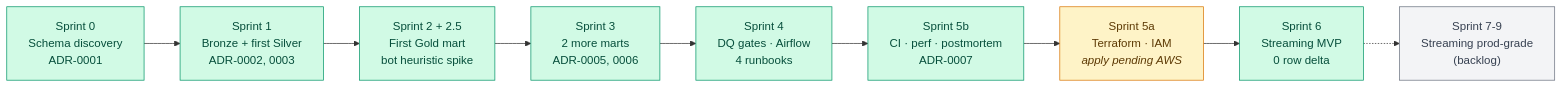
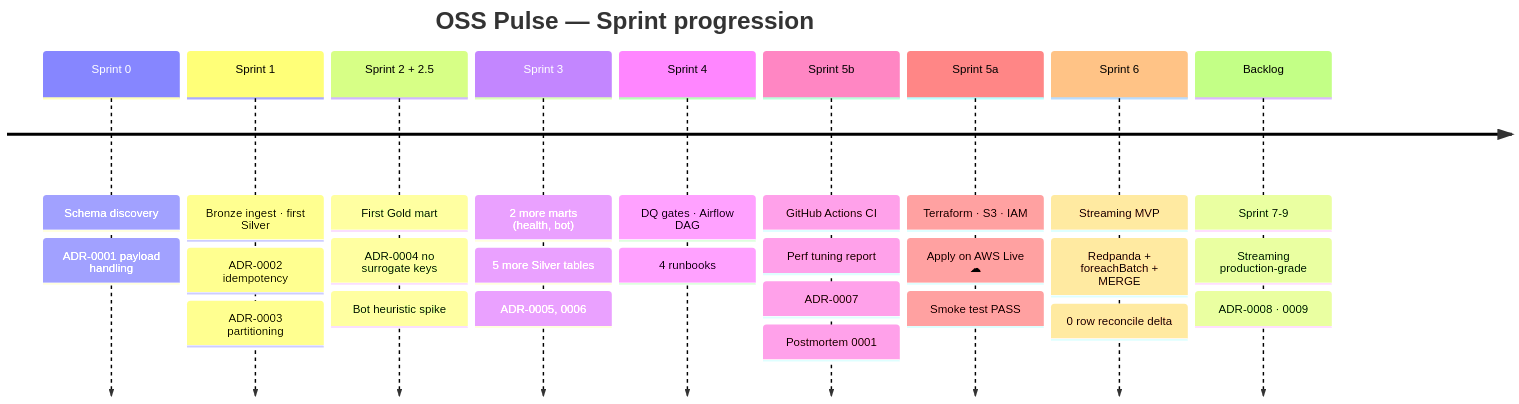
Before and after one commit to MistFall-Wang/oss-pulse: the ninth of 9 diagrams in README.md, drawn with Mermaid. The commit also changed other lines of this file and 1 other file, not shown here.

First line of the commit message:
docs(README): max-visual rewrite with SVG banner + 5 Mermaid diagrams

````diff
--- a/README.md
+++ b/README.md
@@ -307,18 +481,30 @@
 ```mermaid
-flowchart LR
-    S0["Sprint 0<br/>Schema discovery<br/>ADR-0001"]:::done
-    S1["Sprint 1<br/>Bronze + first Silver<br/>ADR-0002, 0003"]:::done
-    S2["Sprint 2 + 2.5<br/>First Gold mart<br/>bot heuristic spike"]:::done
-    S3["Sprint 3<br/>2 more marts<br/>ADR-0005, 0006"]:::done
-    S4["Sprint 4<br/>DQ gates · Airflow<br/>4 runbooks"]:::done
-    S5b["Sprint 5b<br/>CI · perf · postmortem<br/>ADR-0007"]:::done
-    S5a["Sprint 5a<br/>Terraform · IAM<br/><i>apply pending AWS</i>"]:::partial
-    S6["Sprint 6<br/>Streaming MVP<br/>0 row delta"]:::done
-    S79["Sprint 7-9<br/>Streaming prod-grade<br/>(backlog)"]:::pending
-
-    S0 --> S1 --> S2 --> S3 --> S4 --> S5b --> S5a --> S6 -.-> S79
-
-    classDef done    fill:#d1fae5,stroke:#059669,color:#064e3b
-    classDef partial fill:#fef3c7,stroke:#d97706,color:#5d3a05
-    classDef pending fill:#f3f4f6,stroke:#6b7280,color:#374151
+timeline
+    title OSS Pulse — Sprint progression
+    Sprint 0 : Schema discovery
+             : ADR-0001 payload handling
+    Sprint 1 : Bronze ingest · first Silver
+             : ADR-0002 idempotency
+             : ADR-0003 partitioning
+    Sprint 2 + 2.5 : First Gold mart
+                   : ADR-0004 no surrogate keys
+                   : Bot heuristic spike
+    Sprint 3 : 2 more marts (health, bot)
+             : 5 more Silver tables
+             : ADR-0005, 0006
+    Sprint 4 : DQ gates · Airflow DAG
+             : 4 runbooks
+    Sprint 5b : GitHub Actions CI
+              : Perf tuning report
+              : ADR-0007
+              : Postmortem 0001
+    Sprint 5a : Terraform · S3 · IAM
+              : Apply on AWS Live ☁
+              : Smoke test PASS
+    Sprint 6 : Streaming MVP
+             : Redpanda + foreachBatch + MERGE
+             : 0 row reconcile delta
+    Backlog : Sprint 7-9
+            : Streaming production-grade
+            : ADR-0008 · 0009
 ```
````
